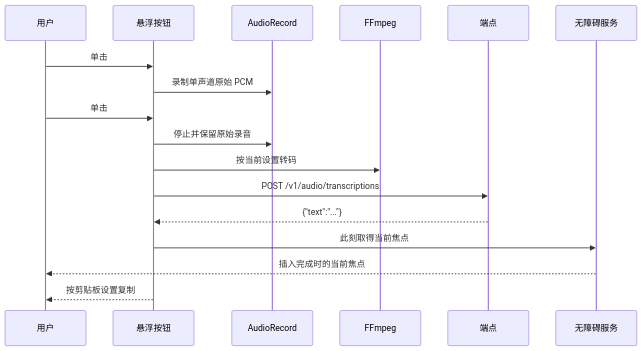
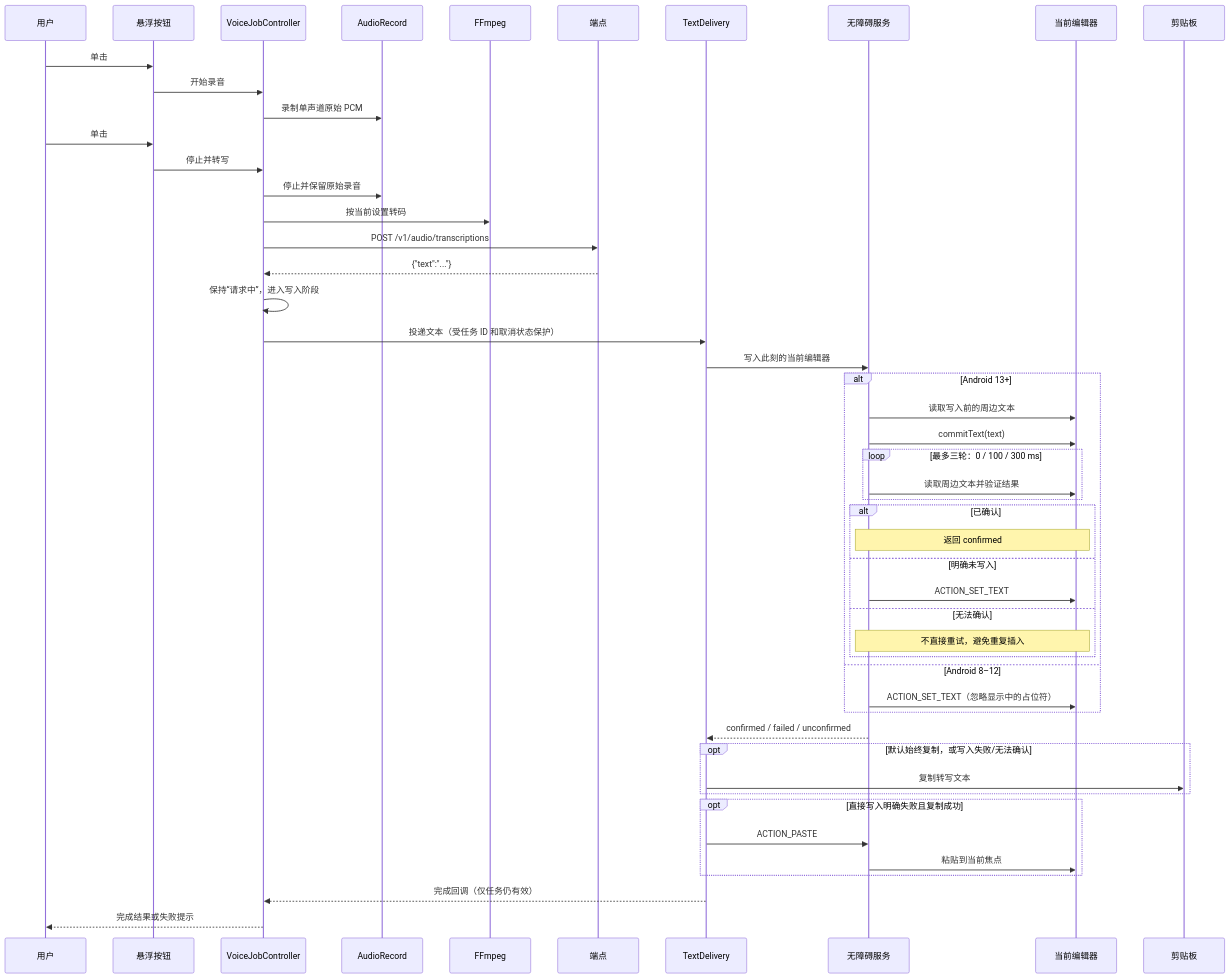
One commit to Joey-Kot/Dictate changed the second of 3 diagrams in README_ZH.md. Above: the diagram before and after it, drawn with Mermaid. The commit also changed other lines of this file and 1 other file, not shown here.

````diff
--- a/README_ZH.md
+++ b/README_ZH.md
@@ -52,19 +61,51 @@
 ```mermaid
 sequenceDiagram
   participant U as 用户
   participant O as 悬浮按钮
+  participant J as VoiceJobController
   participant R as AudioRecord
   participant F as FFmpeg
   participant P as 端点
+  participant D as TextDelivery
   participant A as 无障碍服务
+  participant E as 当前编辑器
+  participant C as 剪贴板
   U->>O: 单击
-  O->>R: 录制单声道原始 PCM
+  O->>J: 开始录音
+  J->>R: 录制单声道原始 PCM
   U->>O: 单击
-  O->>R: 停止并保留原始录音
-  O->>F: 按当前设置转码
-  O->>P: POST /v1/audio/transcriptions
-  P-->>O: {"text":"..."}
-  O->>A: 此刻取得当前焦点
-  A-->>U: 插入完成时的当前焦点
-  O-->>U: 按剪贴板设置复制
+  O->>J: 停止并转写
+  J->>R: 停止并保留原始录音
+  J->>F: 按当前设置转码
+  J->>P: POST /v1/audio/transcriptions
+  P-->>J: {"text":"..."}
+  J->>J: 保持“请求中”，进入写入阶段
+  J->>D: 投递文本（受任务 ID 和取消状态保护）
+  D->>A: 写入此刻的当前编辑器
+  alt Android 13+
+    A->>E: 读取写入前的周边文本
+    A->>E: commitText(text)
+    loop 最多三轮：0 / 100 / 300 ms
+      A->>E: 读取周边文本并验证结果
+    end
+    alt 已确认
+      Note over A,E: 返回 confirmed
+    else 明确未写入
+      A->>E: ACTION_SET_TEXT
+    else 无法确认
+      Note over A,E: 不直接重试，避免重复插入
+    end
+  else Android 8–12
+    A->>E: ACTION_SET_TEXT（忽略显示中的占位符）
+  end
+  A-->>D: confirmed / failed / unconfirmed
+  opt 默认始终复制，或写入失败/无法确认
+    D->>C: 复制转写文本
+  end
+  opt 直接写入明确失败且复制成功
+    D->>A: ACTION_PASTE
+    A->>E: 粘贴到当前焦点
+  end
+  D-->>J: 完成回调（仅任务仍有效）
+  J-->>U: 完成结果或失败提示
 ```
````
